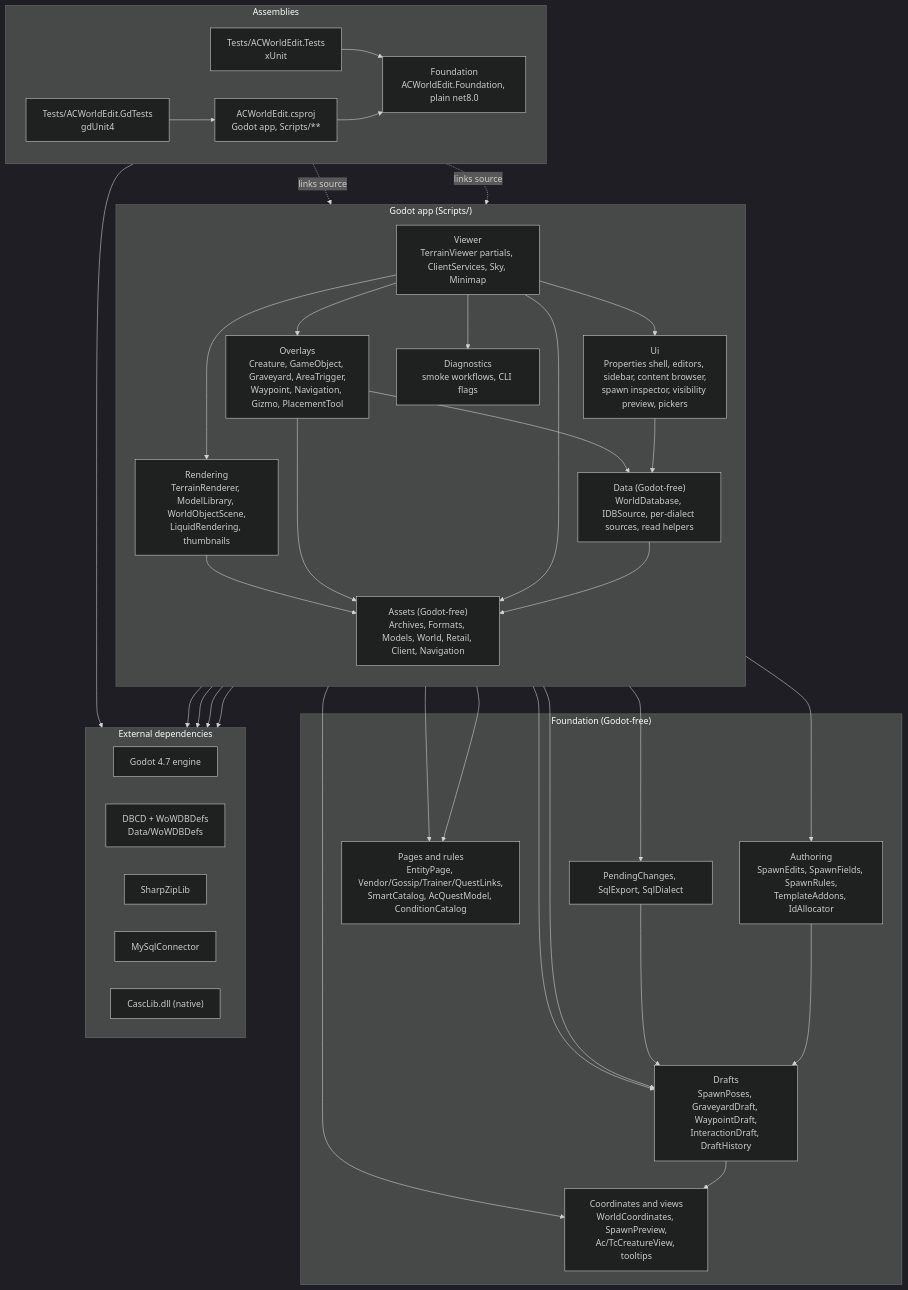
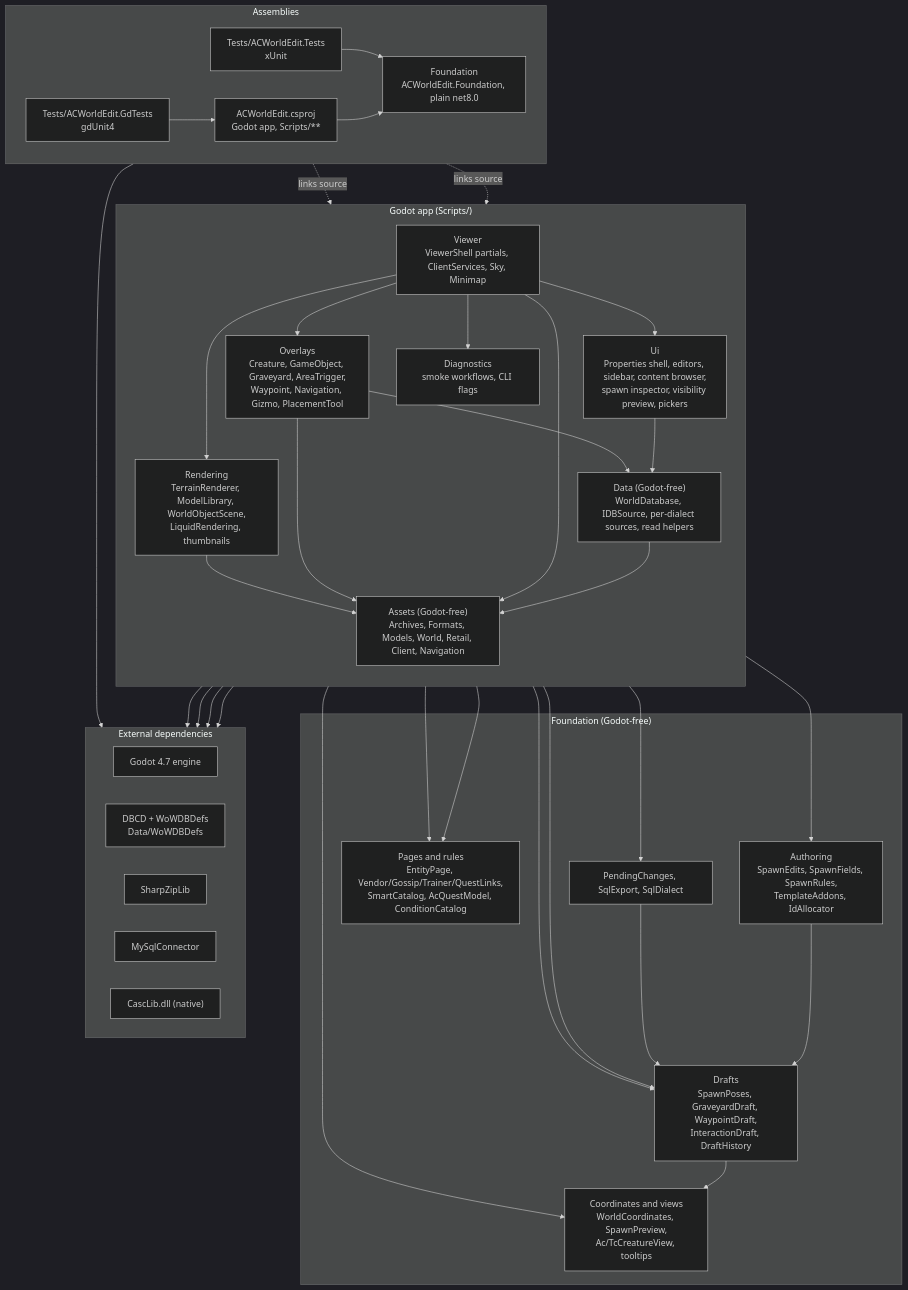
One commit to glitterfartz/ac-world-edit changed the second of 2 diagrams in docs/architecture/overview.md. Above: the diagram before and after it, drawn with Mermaid (dark theme). The commit also changed other lines of this file and 111 other files, not shown here.

First line of the commit message:
refactor(viewer): rename TerrainViewer to ViewerShell

````diff
--- a/docs/architecture/overview.md
+++ b/docs/architecture/overview.md
@@ -50,69 +50,69 @@
 ```mermaid
 flowchart TB
     subgraph Assemblies
         direction LR
         app["ACWorldEdit.csproj<br/>Godot app, Scripts/**"]
         fdn["Foundation<br/>ACWorldEdit.Foundation, plain net8.0"]
         tests["Tests/ACWorldEdit.Tests<br/>xUnit"]
         gd["Tests/ACWorldEdit.GdTests<br/>gdUnit4"]
     end
 
     subgraph Godot_app["Godot app (Scripts/)"]
         direction TB
-        viewer["Viewer<br/>TerrainViewer partials, ClientServices, Sky, Minimap"]
+        viewer["Viewer<br/>ViewerShell partials, ClientServices, Sky, Minimap"]
         render["Rendering<br/>TerrainRenderer, ModelLibrary, WorldObjectScene,<br/>LiquidRendering, thumbnails"]
         overlays["Overlays<br/>Creature, GameObject, Graveyard, AreaTrigger,<br/>Waypoint, Navigation, Gizmo, PlacementTool"]
         ui["Ui<br/>Properties shell, editors, sidebar, content browser,<br/>spawn inspector, visibility preview, pickers"]
         diag["Diagnostics<br/>smoke workflows, CLI flags"]
         data["Data (Godot-free)<br/>WorldDatabase, IDBSource, per-dialect sources, read helpers"]
         assets["Assets (Godot-free)<br/>Archives, Formats, Models, World, Retail, Client, Navigation"]
     end
 
     subgraph Shared_logic["Foundation (Godot-free)"]
         drafts["Drafts<br/>SpawnPoses, GraveyardDraft, WaypointDraft,<br/>InteractionDraft, DraftHistory"]
         authoring["Authoring<br/>SpawnEdits, SpawnFields, SpawnRules,<br/>TemplateAddons, IdAllocator"]
         pages["Pages and rules<br/>EntityPage, Vendor/Gossip/Trainer/QuestLinks,<br/>SmartCatalog, AcQuestModel, ConditionCatalog"]
         export["PendingChanges, SqlExport, SqlDialect"]
         misc["Coordinates and views<br/>WorldCoordinates, SpawnPreview,<br/>Ac/TcCreatureView, tooltips"]
     end
 
     subgraph External["External dependencies"]
         direction LR
         godot["Godot 4.7 engine"]
         dbcd["DBCD + WoWDBDefs<br/>Data/WoWDBDefs"]
         sharpzip["SharpZipLib"]
         mysql["MySqlConnector"]
         casc["CascLib.dll (native)"]
     end
 
     viewer --> render
     viewer --> overlays
     viewer --> ui
     viewer --> diag
     overlays --> data
     overlays --> drafts
     overlays --> authoring
     ui --> drafts
     ui --> pages
     ui --> data
     viewer --> export
     render --> assets
     overlays --> assets
     viewer --> assets
     data --> assets
     data --> pages
     data --> misc
     drafts --> misc
     authoring --> drafts
     export --> drafts
     app --> godot
     assets --> dbcd
     assets --> sharpzip
     assets --> casc
     data --> mysql
     tests -. links source .-> assets
     tests -. links source .-> data
     tests --> fdn
     gd --> app
     app --> fdn
 ```
````
